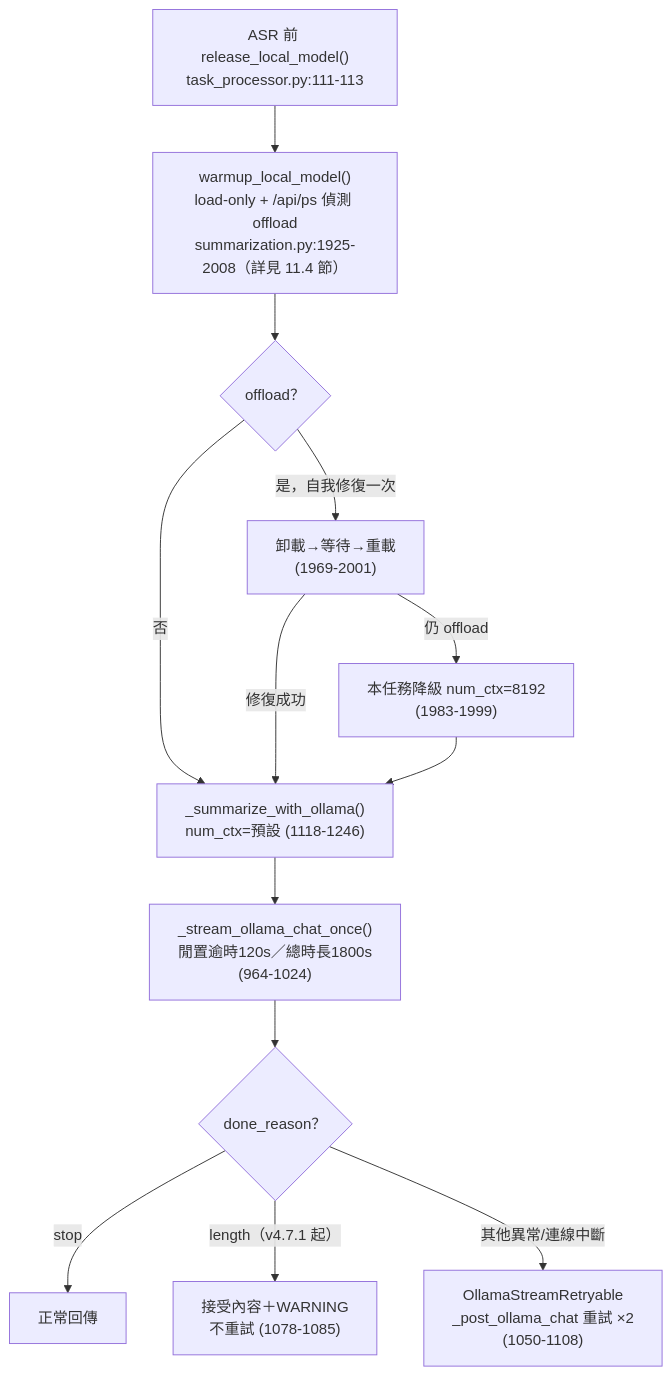
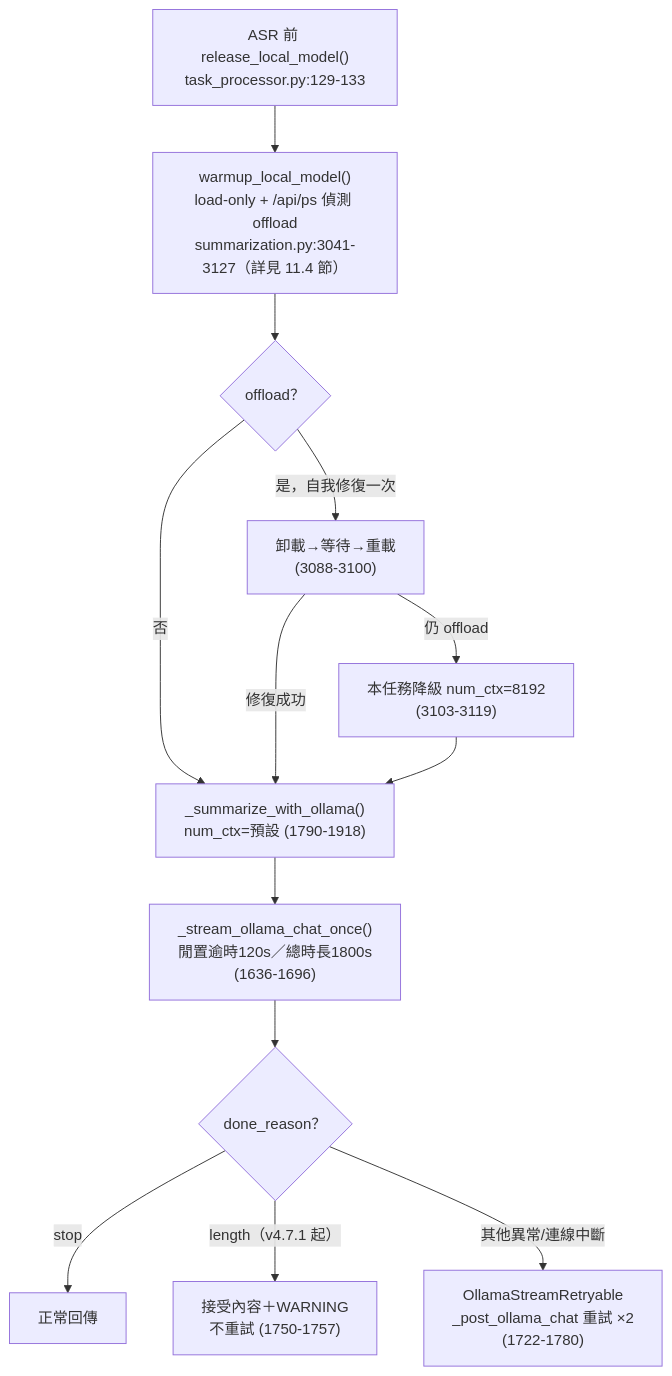
One commit to s9008129/convert changed the fifth of 7 diagrams in doc/規格與設計/系統架構與程式設計書.md. Above: the diagram before and after it, drawn with Mermaid. The commit also changed other lines of this file and 13 other files, not shown here.

````diff
--- a/doc/規格與設計/系統架構與程式設計書.md
+++ b/doc/規格與設計/系統架構與程式設計書.md
@@ -447,15 +459,15 @@
 ```mermaid
 flowchart TD
-    A["ASR 前 release_local_model()<br/>task_processor.py:111-113"] --> B["warmup_local_model()<br/>load-only + /api/ps 偵測 offload<br/>summarization.py:1925-2008（詳見 11.4 節）"]
+    A["ASR 前 release_local_model()<br/>task_processor.py:129-133"] --> B["warmup_local_model()<br/>load-only + /api/ps 偵測 offload<br/>summarization.py:3041-3127（詳見 11.4 節）"]
     B --> C{"offload？"}
-    C -->|"否"| D["_summarize_with_ollama()<br/>num_ctx=預設 (1118-1246)"]
-    C -->|"是，自我修復一次"| E["卸載→等待→重載<br/>(1969-2001)"]
-    E -->|"仍 offload"| G["本任務降級 num_ctx=8192<br/>(1983-1999)"]
+    C -->|"否"| D["_summarize_with_ollama()<br/>num_ctx=預設 (1790-1918)"]
+    C -->|"是，自我修復一次"| E["卸載→等待→重載<br/>(3088-3100)"]
+    E -->|"仍 offload"| G["本任務降級 num_ctx=8192<br/>(3103-3119)"]
     E -->|"修復成功"| D
     G --> D
-    D --> H["_stream_ollama_chat_once()<br/>閒置逾時120s／總時長1800s<br/>(964-1024)"]
+    D --> H["_stream_ollama_chat_once()<br/>閒置逾時120s／總時長1800s<br/>(1636-1696)"]
     H --> I{"done_reason？"}
     I -->|"stop"| J["正常回傳"]
-    I -->|"length（v4.7.1 起）"| K["接受內容＋WARNING<br/>不重試 (1078-1085)"]
-    I -->|"其他異常/連線中斷"| L["OllamaStreamRetryable<br/>_post_ollama_chat 重試 ×2<br/>(1050-1108)"]
+    I -->|"length（v4.7.1 起）"| K["接受內容＋WARNING<br/>不重試 (1750-1757)"]
+    I -->|"其他異常/連線中斷"| L["OllamaStreamRetryable<br/>_post_ollama_chat 重試 ×2<br/>(1722-1780)"]
 ```
````
